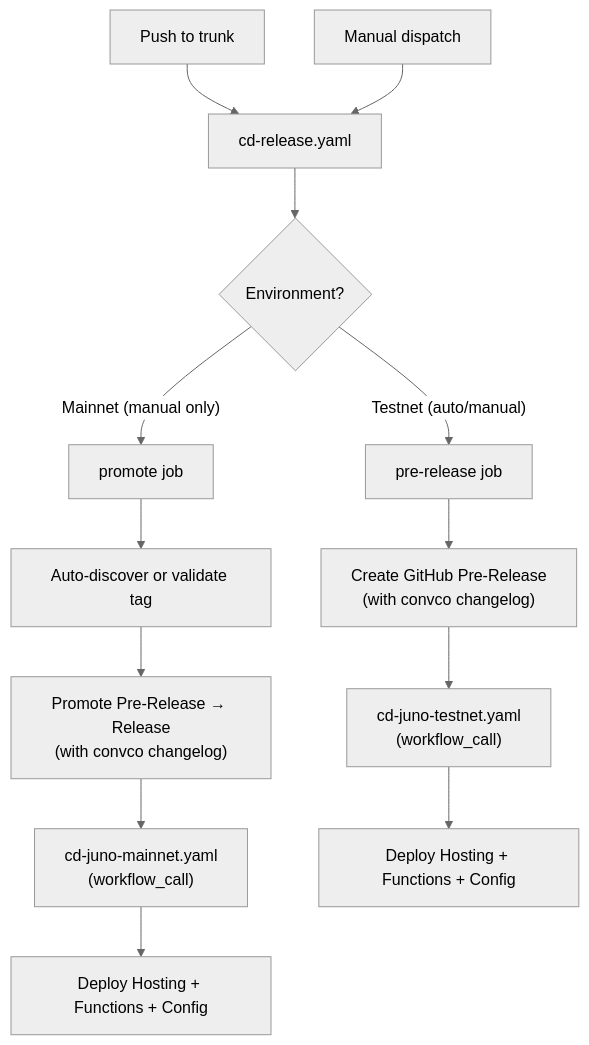
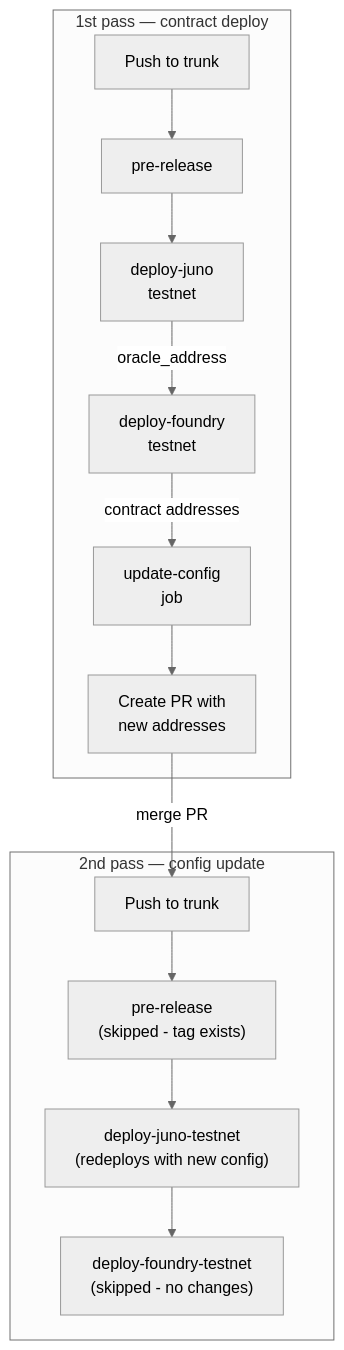
One commit to tresr-community/tresr-game changed the first of 4 diagrams in docs/ci-cd.md. Above: the diagram before and after it, drawn with Mermaid (neutral theme). The commit also changed other lines of this file and 19 other files, not shown here.

````diff
--- a/docs/ci-cd.md
+++ b/docs/ci-cd.md
@@ -5,19 +10,17 @@
 ```mermaid
 graph TD
-    A["Push to trunk"] --> B["cd-release.yaml"]
-    C["Manual dispatch"] --> B
+    subgraph "1st pass — contract deploy"
+        A["Push to trunk"] --> B["pre-release"]
+        B --> C["deploy-juno </br> testnet"]
+        C -->|oracle_address| D["deploy-foundry </br> testnet"]
+        D -->|contract addresses| E["update-config </br> job"]
+        E --> F["Create PR with </br> new addresses"]
+    end
 
-    B --> D{"Environment?"}
-    D -->|"Testnet (auto/manual)"| E["pre-release job"]
-    D -->|"Mainnet (manual only)"| F["promote job"]
-
-    E --> G["Create GitHub Pre-Release<br/>(with convco changelog)"]
-    G --> H["cd-juno-testnet.yaml<br/>(workflow_call)"]
-
-    F --> I["Auto-discover or validate tag"]
-    I --> J["Promote Pre-Release → Release<br/>(with convco changelog)"]
-    J --> K["cd-juno-mainnet.yaml<br/>(workflow_call)"]
-
-    H --> L["Deploy Hosting + Functions + Config"]
-    K --> M["Deploy Hosting + Functions + Config"]
+    subgraph "2nd pass — config update"
+        F -->|merge PR| G["Push to trunk"]
+        G --> H["pre-release </br> (skipped - tag exists)"]
+        H --> I["deploy-juno-testnet </br> (redeploys with new config)"]
+        I --> J["deploy-foundry-testnet </br> (skipped - no changes)"]
+    end
 ```
````
